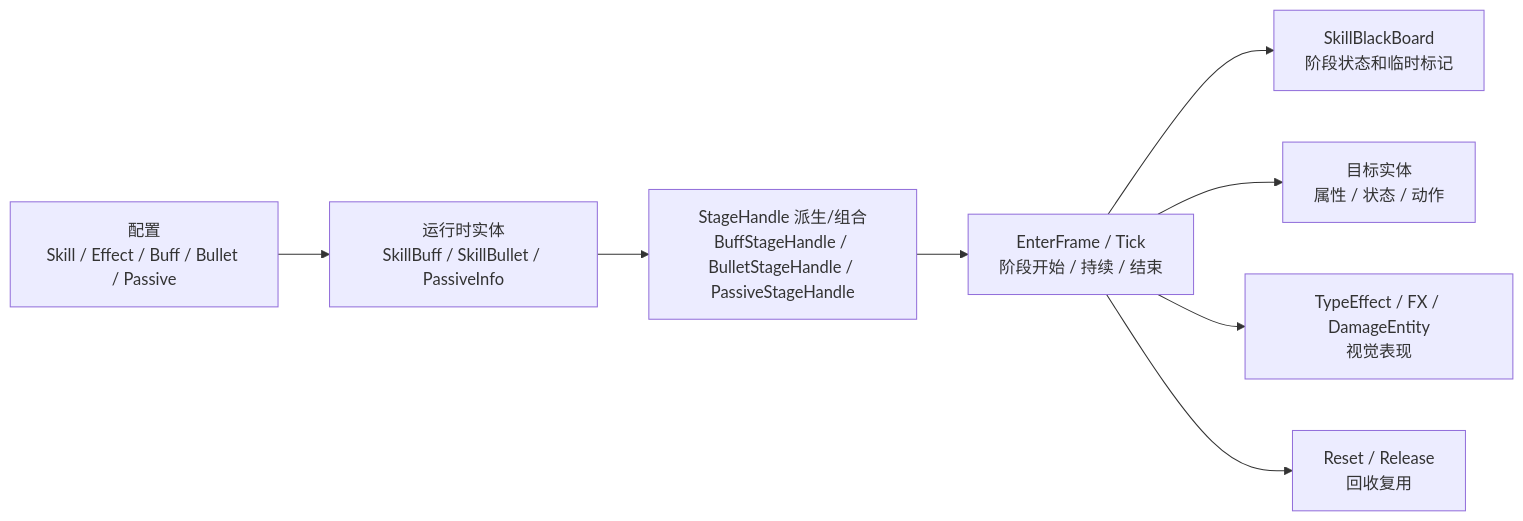
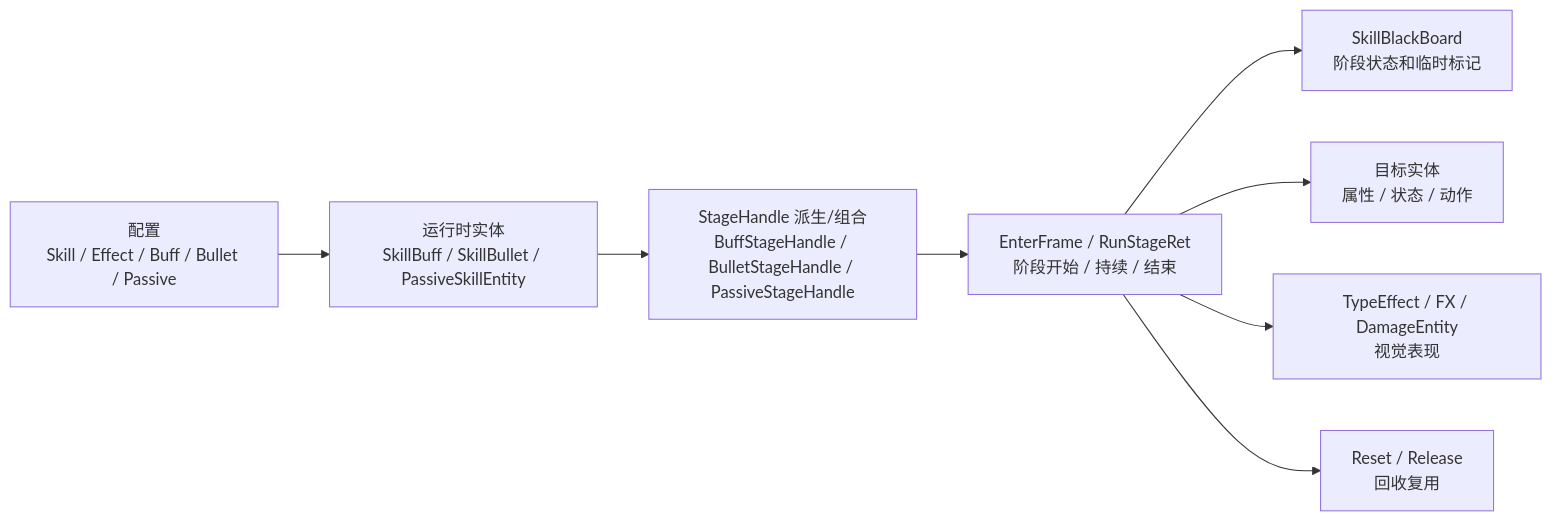
Before and after one commit to BoyLei/Stars: the fourth of 4 diagrams in diagrams/battle/BATTLE_FRAMEWORK_ARCHITECTURE.md, drawn with Mermaid. The commit also changed other lines of this file and 135 other files, not shown here.

Commit message:
Refactor Stars client module and startup flow

````diff
--- a/diagrams/battle/BATTLE_FRAMEWORK_ARCHITECTURE.md
+++ b/diagrams/battle/BATTLE_FRAMEWORK_ARCHITECTURE.md
@@ -162,10 +179,10 @@
 ```mermaid
 flowchart LR
-    Config["配置<br/>Skill / Effect / Buff / Bullet / Passive"] --> RuntimeEntity["运行时实体<br/>SkillBuff / SkillBullet / PassiveInfo"]
+    Config["配置<br/>Skill / Effect / Buff / Bullet / Passive"] --> RuntimeEntity["运行时实体<br/>SkillBuff / SkillBullet / PassiveSkillEntity"]
     RuntimeEntity --> Handle["StageHandle 派生/组合<br/>BuffStageHandle / BulletStageHandle / PassiveStageHandle"]
-    Handle --> Tick["EnterFrame / Tick<br/>阶段开始 / 持续 / 结束"]
+    Handle --> Tick["EnterFrame / RunStageRet<br/>阶段开始 / 持续 / 结束"]
     Tick --> Blackboard["SkillBlackBoard<br/>阶段状态和临时标记"]
     Tick --> Entity["目标实体<br/>属性 / 状态 / 动作"]
     Tick --> Visual["TypeEffect / FX / DamageEntity<br/>视觉表现"]
     Tick --> Release["Reset / Release<br/>回收复用"]
 ```
````
